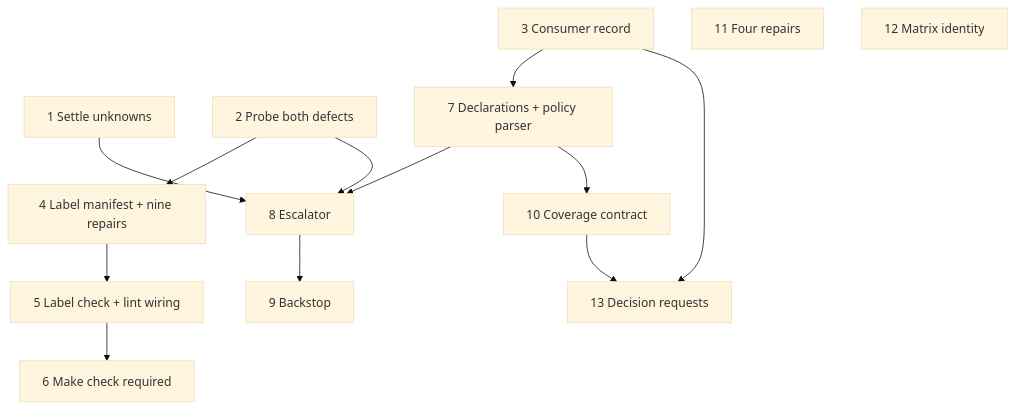
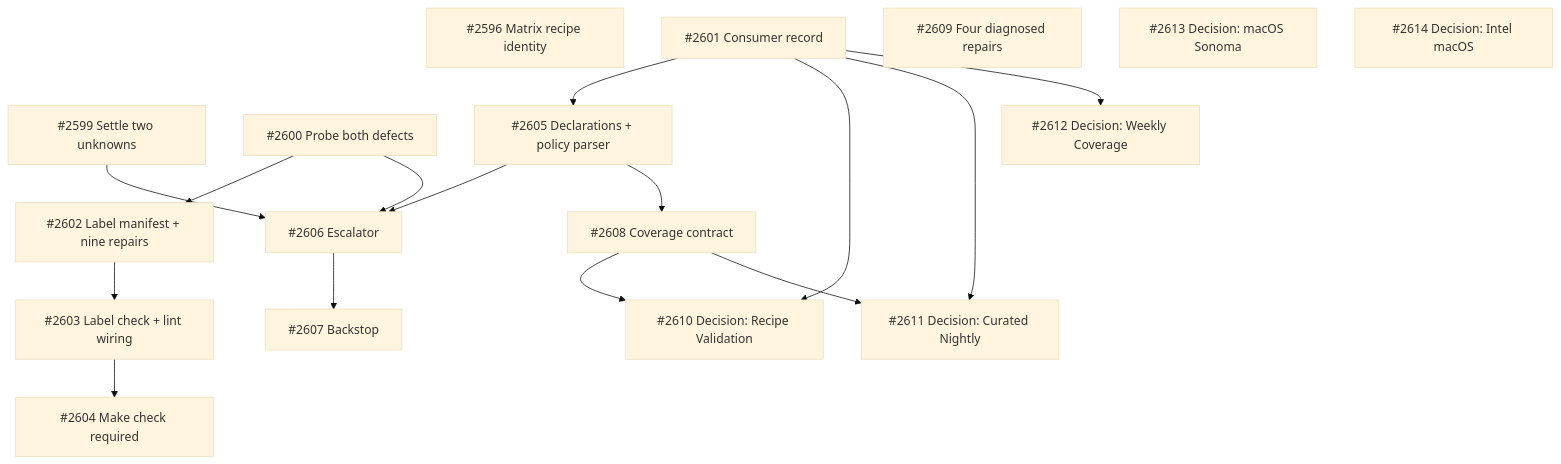
Before and after one commit to tsukumogami/tsuku: the diagram in docs/plans/PLAN-scheduled-workflow-health.md, drawn with Mermaid (base theme). The commit also changed other lines of this file, not shown here.

Commit message:
docs(plan): sync the dependency diagram with the issues table
The mermaid still carried placeholder nodes I1-I13 from before the
issues were filed, against 17 rows numbered #2596-#2614, so every
dependency edge was unmatched. shirabe validate exited 0 while emitting
42 FC07 notices -- a clean exit code that told you nothing, which is the
defect this milestone is about, in the milestone's own plan.

Rebuilds the diagram against the real issue numbers and the table's
dependency column, and re-syncs six row titles that had drifted from the
live issue titles.

Claude-Session: https://claude.ai/code/session_01K8bKN8i9bfCZatvJPDxfom

````diff
--- a/docs/plans/PLAN-scheduled-workflow-health.md
+++ b/docs/plans/PLAN-scheduled-workflow-health.md
@@ -289,28 +289,35 @@
 ```mermaid
 graph TD
-    I1[1 Settle unknowns]
-    I2[2 Probe both defects]
-    I3[3 Consumer record]
-    I4[4 Label manifest + nine repairs]
-    I5[5 Label check + lint wiring]
-    I6[6 Make check required]
-    I7[7 Declarations + policy parser]
-    I8[8 Escalator]
-    I9[9 Backstop]
-    I10[10 Coverage contract]
-    I11[11 Four repairs]
-    I12[12 Matrix identity]
-    I13[13 Decision requests]
+    I2596["#2596 Matrix recipe identity"]
+    I2599["#2599 Settle two unknowns"]
+    I2600["#2600 Probe both defects"]
+    I2601["#2601 Consumer record"]
+    I2602["#2602 Label manifest + nine repairs"]
+    I2603["#2603 Label check + lint wiring"]
+    I2604["#2604 Make check required"]
+    I2605["#2605 Declarations + policy parser"]
+    I2606["#2606 Escalator"]
+    I2607["#2607 Backstop"]
+    I2608["#2608 Coverage contract"]
+    I2609["#2609 Four diagnosed repairs"]
+    I2610["#2610 Decision: Recipe Validation"]
+    I2611["#2611 Decision: Curated Nightly"]
+    I2612["#2612 Decision: Weekly Coverage"]
+    I2613["#2613 Decision: macOS Sonoma"]
+    I2614["#2614 Decision: Intel macOS"]
 
-    I2 --> I4
-    I4 --> I5
-    I5 --> I6
-    I3 --> I7
-    I1 --> I8
-    I2 --> I8
-    I7 --> I8
-    I8 --> I9
-    I7 --> I10
-    I3 --> I13
-    I10 --> I13
+    I2600 --> I2602
+    I2602 --> I2603
+    I2603 --> I2604
+    I2601 --> I2605
+    I2599 --> I2606
+    I2600 --> I2606
+    I2605 --> I2606
+    I2606 --> I2607
+    I2605 --> I2608
+    I2601 --> I2610
+    I2608 --> I2610
+    I2601 --> I2611
+    I2608 --> I2611
+    I2601 --> I2612
 ```
````
